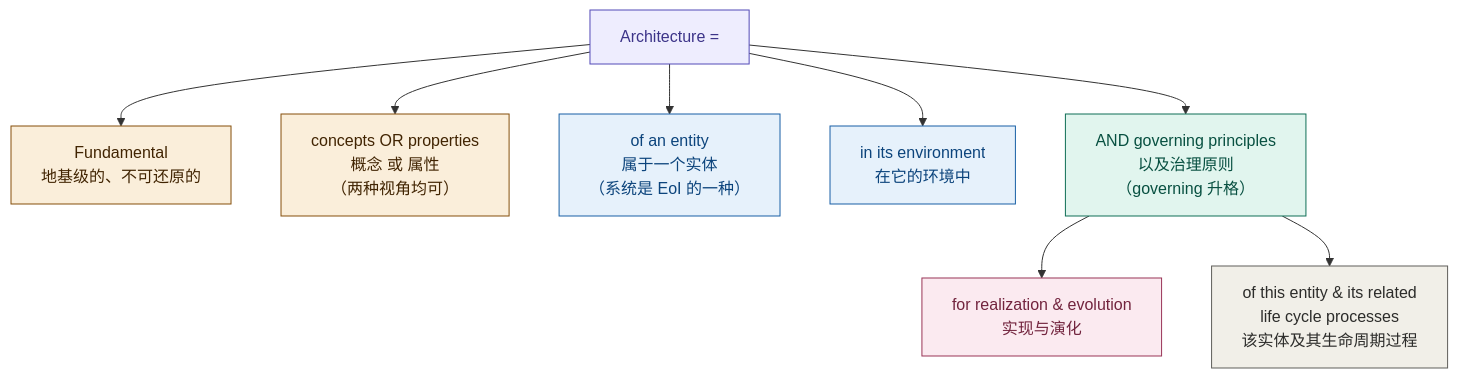
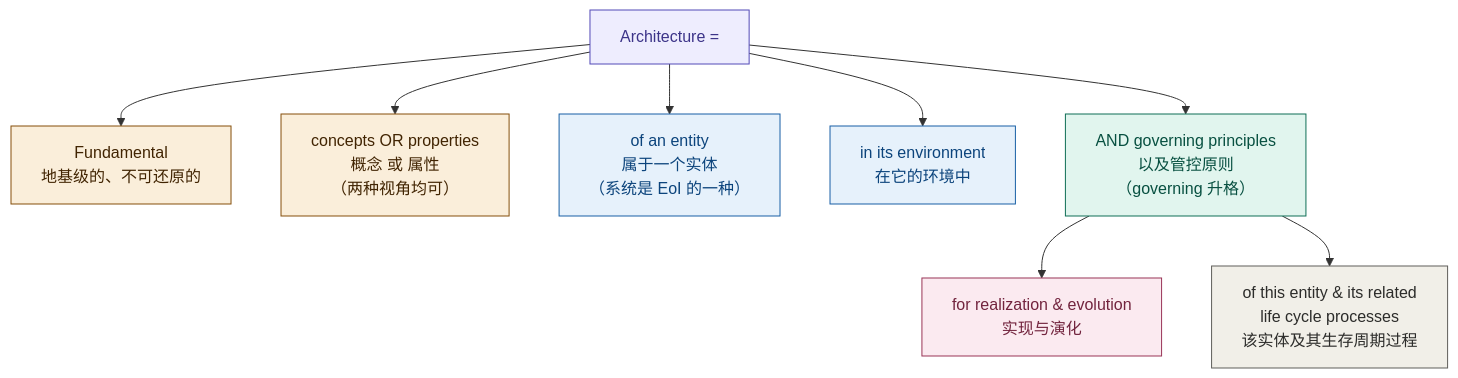
Before and after one commit to Yongjunzhou/AOS-system-design: diagram 14 of 24 in 100-subprojects/01-系统工程研究/00-系统工程相关研究报告/07-架构概念研究报告-从概念设计到架构.md, drawn with Mermaid. The commit also changed other lines of this file and 38 other files, not shown here.

````diff
--- a/100-subprojects/01-系统工程研究/00-系统工程相关研究报告/07-架构概念研究报告-从概念设计到架构.md
+++ b/100-subprojects/01-系统工程研究/00-系统工程相关研究报告/07-架构概念研究报告-从概念设计到架构.md
@@ -498,19 +521,19 @@
 ```mermaid
 flowchart TD
     A["Architecture ="]
     A --> B["Fundamental<br/>地基级的、不可还原的"]
     A --> C["concepts OR properties<br/>概念 或 属性<br/>（两种视角均可）"]
     A --> D["of an entity<br/>属于一个实体<br/>（系统是 EoI 的一种）"]
     A --> E["in its environment<br/>在它的环境中"]
-    A --> F["AND governing principles<br/>以及治理原则<br/>（governing 升格）"]
+    A --> F["AND governing principles<br/>以及管控原则<br/>（governing 升格）"]
     F --> G["for realization & evolution<br/>实现与演化"]
-    F --> H["of this entity & its related<br/>life cycle processes<br/>该实体及其生命周期过程"]
+    F --> H["of this entity & its related<br/>life cycle processes<br/>该实体及其生存周期过程"]
     style A fill:#EEEDFE,stroke:#534AB7,color:#3C3489
     style B fill:#FAEEDA,stroke:#854F0B,color:#412402
     style C fill:#FAEEDA,stroke:#854F0B,color:#412402
     style D fill:#E6F1FB,stroke:#185FA5,color:#0C447C
     style E fill:#E6F1FB,stroke:#185FA5,color:#0C447C
     style F fill:#E1F5EE,stroke:#0F6E56,color:#085041
     style G fill:#FBEAF0,stroke:#993556,color:#72243E
     style H fill:#F1EFE8,stroke:#5F5E5A,color:#2C2C2A
 ```
````
